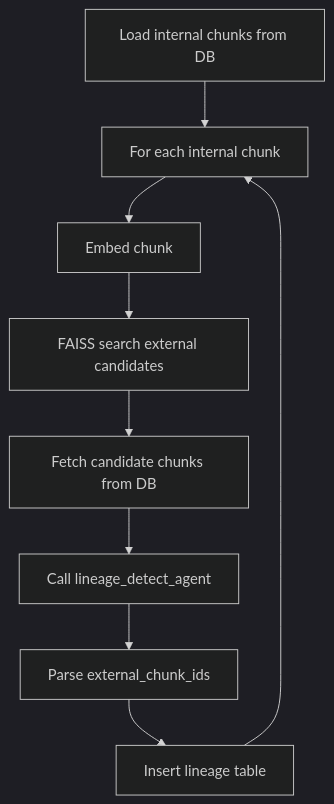
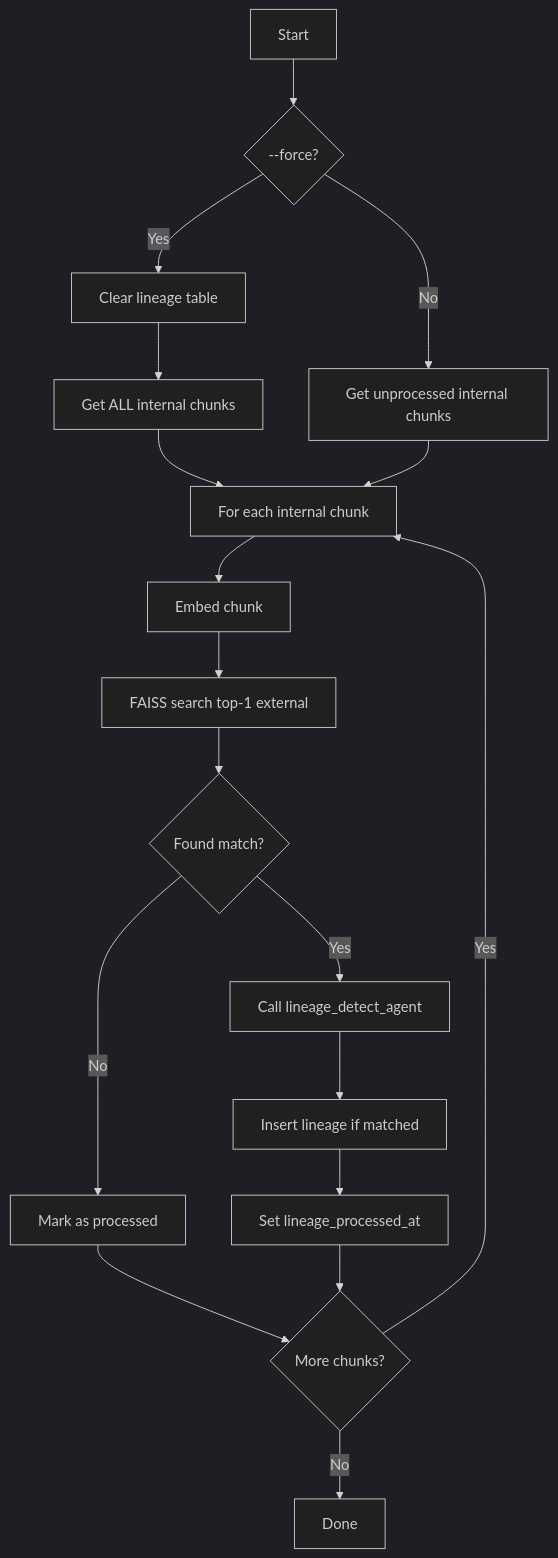
The fifth of 5 diagrams in README.md (Rajesh-Nair/RISEAPP), drawn with Mermaid (dark theme) before and after one commit. The commit also changed other lines of this file and 16 other files, not shown here.

````diff
--- a/README.md
+++ b/README.md
@@ -225,11 +360,20 @@
 ```mermaid
 flowchart TB
-  A[Load internal chunks from DB] --> B[For each internal chunk]
-  B --> C[Embed chunk]
-  C --> D[FAISS search external candidates]
-  D --> E[Fetch candidate chunks from DB]
-  E --> F[Call lineage_detect_agent]
-  F --> G[Parse external_chunk_ids]
-  G --> H[Insert lineage table]
-  H --> B
+  A[Start] --> B{--force?}
+  B -->|Yes| C1[Clear lineage table]
+  C1 --> C2[Get ALL internal chunks]
+  B -->|No| D[Get unprocessed internal chunks]
+  C2 --> E
+  D --> E[For each internal chunk]
+  E --> F[Embed chunk]
+  F --> G[FAISS search top-1 external]
+  G --> H{Found match?}
+  H -->|No| I[Mark as processed]
+  H -->|Yes| J[Call lineage_detect_agent]
+  J --> K[Insert lineage if matched]
+  K --> L[Set lineage_processed_at]
+  I --> M{More chunks?}
+  L --> M
+  M -->|Yes| E
+  M -->|No| N[Done]
 ```
````
